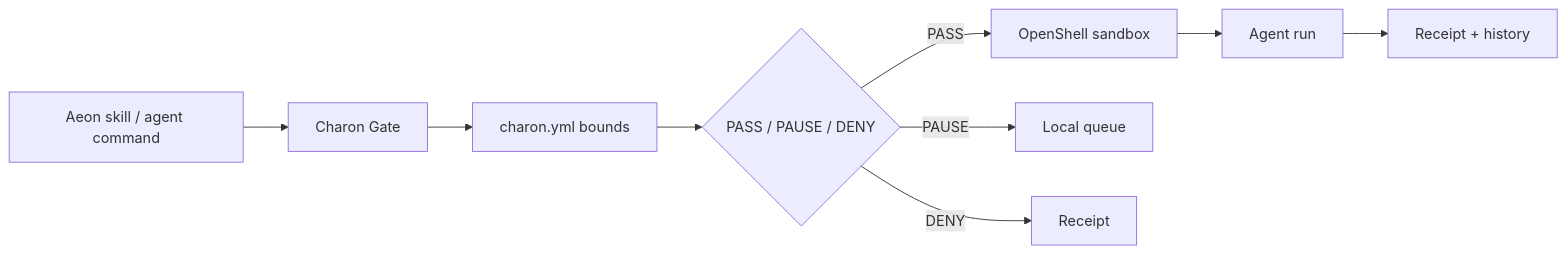
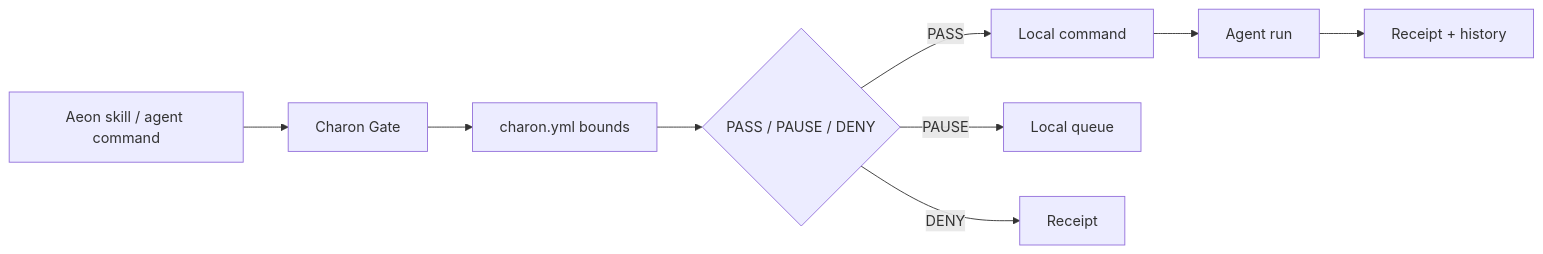
Before and after one commit to CharonAI-code/charon: the diagram in README.md, drawn with Mermaid. The commit also changed other lines of this file and 69 other files, not shown here.

````diff
--- a/README.md
+++ b/README.md
@@ -23,11 +24,11 @@
 ```mermaid
 flowchart LR
   A["Aeon skill / agent command"] --> B["Charon Gate"]
   B --> C["charon.yml bounds"]
   C --> D{"PASS / PAUSE / DENY"}
-  D -->|PASS| E["OpenShell sandbox"]
+  D -->|PASS| E["Local command"]
   D -->|PAUSE| F["Local queue"]
   D -->|DENY| G["Receipt"]
   E --> H["Agent run"]
   H --> I["Receipt + history"]
 ```
````
